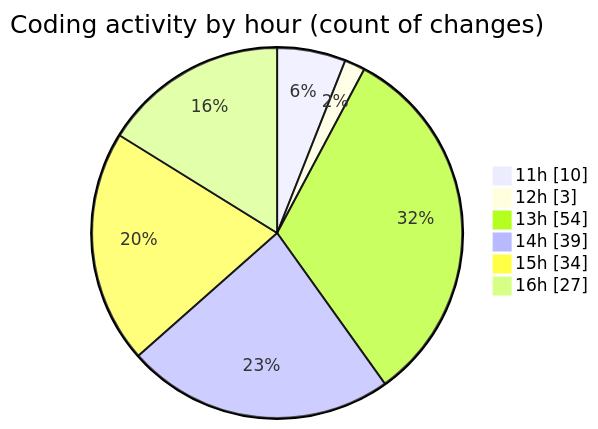
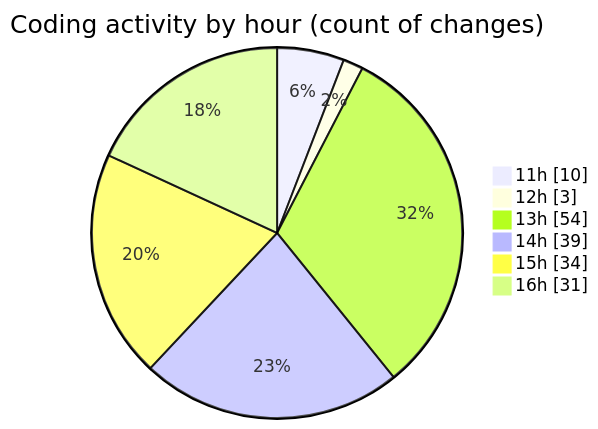
One commit to momahboobian/code-tracking changed the second of 2 diagrams in 2025-02-14/cda/README.md. Above: the diagram before and after it, drawn with Mermaid. The commit also changed other lines of this file and 1 other file, not shown here.

````diff
--- a/2025-02-14/cda/README.md
+++ b/2025-02-14/cda/README.md
@@ -37,10 +37,10 @@
 ```mermaid
 pie showData
 title Coding activity by hour (count of changes)
 "11h" : 10
 "12h" : 3
 "13h" : 54
 "14h" : 39
 "15h" : 34
-"16h" : 27
+"16h" : 31
 ```
````
